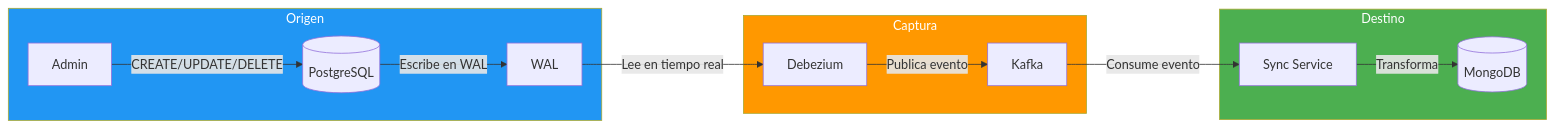
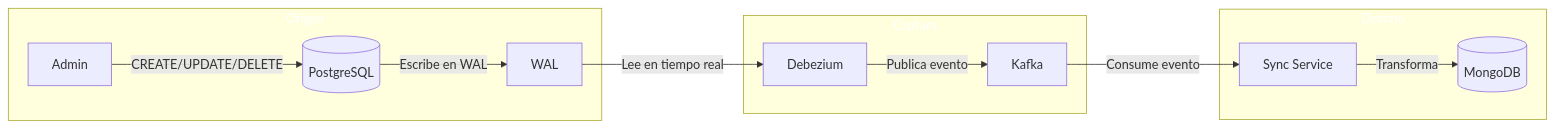
One commit to joseluisgs/DesarrolloWebEntornosServidor-02-2026-2027 changed diagram 21 of 24 in 30-cqrs-mediator.md. Above: the diagram before and after it, drawn with Mermaid. The commit also changed other lines of this file and 41 other files, not shown here.

````diff
--- a/30-cqrs-mediator.md
+++ b/30-cqrs-mediator.md
@@ -1178,21 +1178,21 @@
 ```mermaid
 flowchart LR
     subgraph ORIGEN["Origen"]
         A[Admin] -->|CREATE/UPDATE/DELETE| B[(PostgreSQL)]
         B -->|Escribe en WAL| C[WAL]
     end
 
     subgraph CAPTURA["Captura"]
         C -->|Lee en tiempo real| D[Debezium]
         D -->|Publica evento| E[Kafka]
     end
 
     subgraph DESTINO["Destino"]
         E -->|Consume evento| F[Sync Service]
         F -->|Transforma| G[(MongoDB)]
     end
 
-    style ORIGEN fill:#2196F3,color:#fff
-    style CAPTURA fill:#FF9800,color:#fff
-    style DESTINO fill:#4CAF50,color:#fff
+    style ORIGEN fill:#2196F,color:#fff3,color:#fff
+    style CAPTURA fill:#FF980,color:#fff0,color:#fff
+    style DESTINO fill:#4CAF5,color:#fff0,color:#fff
 ```
````
